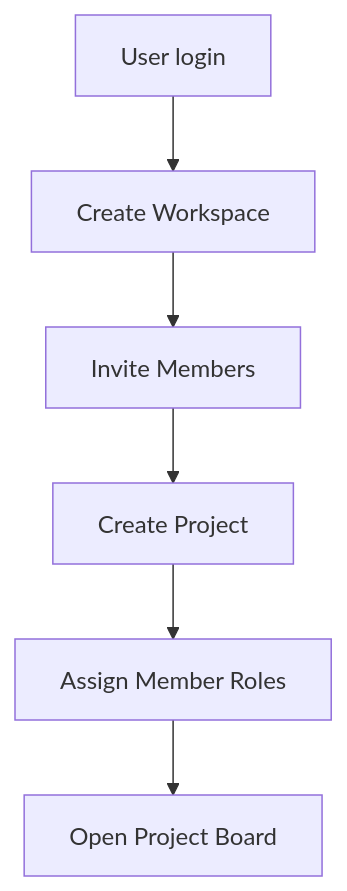
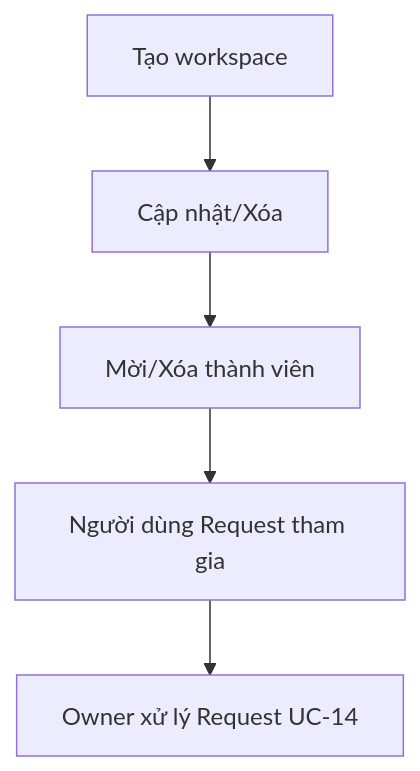
The second of 7 diagrams in Documents/usecase/UserFlows.md (Alro127/TaskSence), drawn with Mermaid before and after one commit. The commit also changed other lines of this file and 5 other files, not shown here.

````diff
--- a/Documents/usecase/UserFlows.md
+++ b/Documents/usecase/UserFlows.md
@@ -45,8 +40,7 @@
 ```mermaid
 flowchart TD
-    A[User login] --> B[Create Workspace]
-    B --> C[Invite Members]
-    C --> D[Create Project]
-    D --> E[Assign Member Roles]
-    E --> F[Open Project Board]
+    A[Tạo workspace] --> B[Cập nhật/Xóa]
+    B --> C[Mời/Xóa thành viên]
+    C --> D[Người dùng Request tham gia]
+    D --> E[Owner xử lý Request UC-14]
 ```
````
